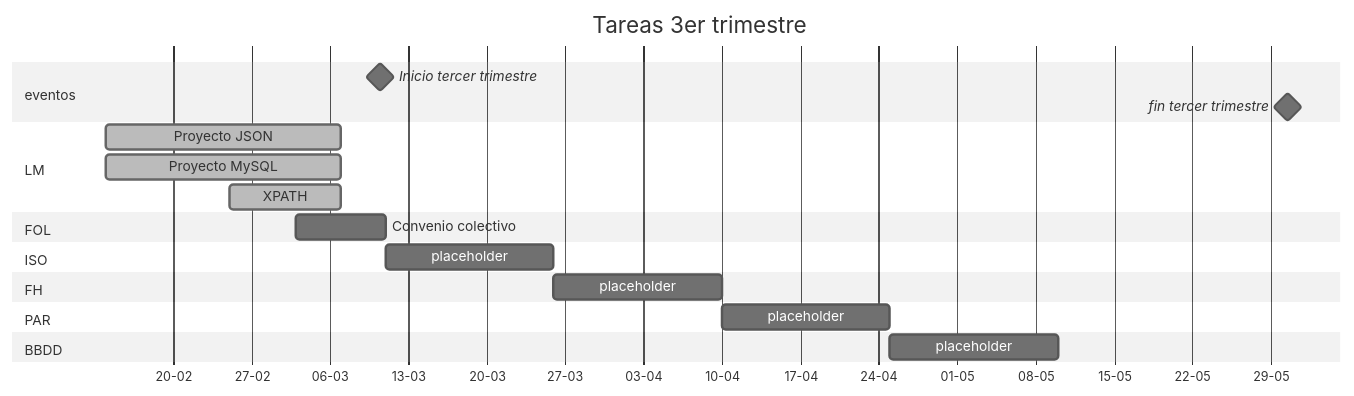
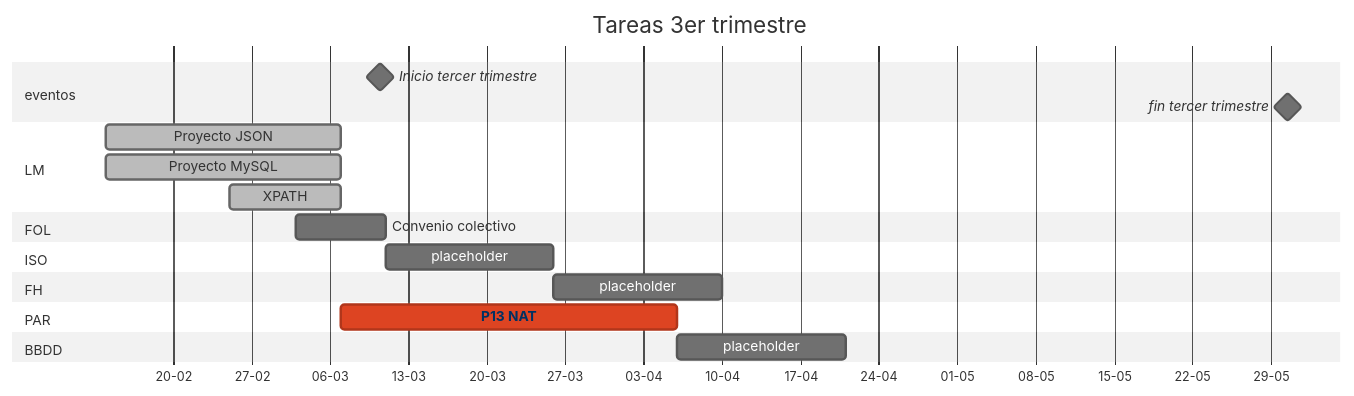
One commit to robertorodriguez98/apuntesClase changed the diagram in README.md. Above: the diagram before and after it, drawn with Mermaid (neutral theme). The commit also changed 1 other file, not shown here.

Commit message:
añadido nat.nt

````diff
--- a/README.md
+++ b/README.md
@@ -3,30 +3,32 @@
 ```mermaid
 gantt
     %%etiquetas posibles: done,active,crit,milestone
     title Tareas 3er trimestre
     dateFormat  DD-MM-YY
     axisFormat  %d-%m
     section eventos
     Inicio tercer trimestre : milestone,10-03-22,1d
     fin tercer trimestre : milestone,30-05-22,1d
 
     section LM
     Proyecto JSON           :done,14-02-22,07-03-22
     Proyecto MySQL          :done,14-02-22,07-03-22
     XPATH                   :done,25-02-22,07-03-22
 
     section FOL
     Convenio colectivo      :03-03-22,11-03-22
 
     section ISO
     placeholder             :15d
 
     section FH
     placeholder             :15d
 
     section PAR
-    placeholder             :15d
+    P13 NAT             :crit,nat,07-03-22,30d
 
     section BBDD
     placeholder             :15d
+    
+    click nat href "gantt/nat.md"
 ```
````
